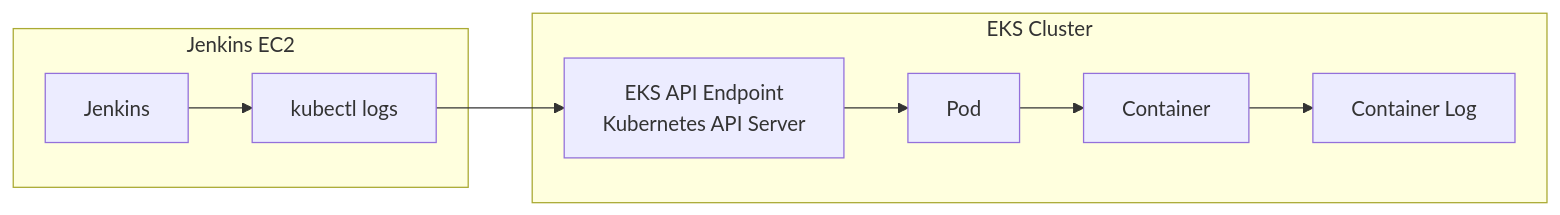
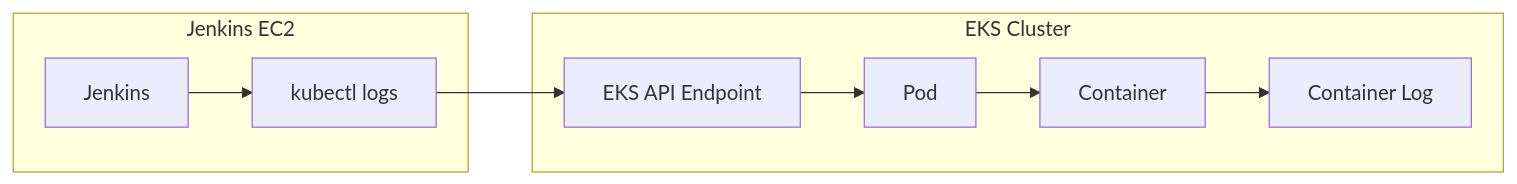
One commit to jw3418/jw3418.github.io changed the fourth of 9 diagrams in _posts/2026-08-16-kubernetes-application-logs.md. Above: the diagram before and after it, drawn with Mermaid. The commit also changed other lines of this file, not shown here.

First line of the commit message:
Revise Kubernetes application logs documentation

````diff
--- a/_posts/2026-08-16-kubernetes-application-logs.md
+++ b/_posts/2026-08-16-kubernetes-application-logs.md
@@ -220,14 +112,10 @@
 ```mermaid
 flowchart LR
     subgraph EC2["Jenkins EC2"]
         J["Jenkins"] --> K["kubectl logs"]
     end
-
-    K --> API["EKS API Endpoint<br/>Kubernetes API Server"]
-
+    K --> API["EKS API Endpoint"]
     subgraph EKS["EKS Cluster"]
-        API --> P["Pod"]
-        P --> C["Container"]
-        C --> L["Container Log"]
+        API --> P["Pod"] --> C["Container"] --> L["Container Log"]
     end
 ```
````
